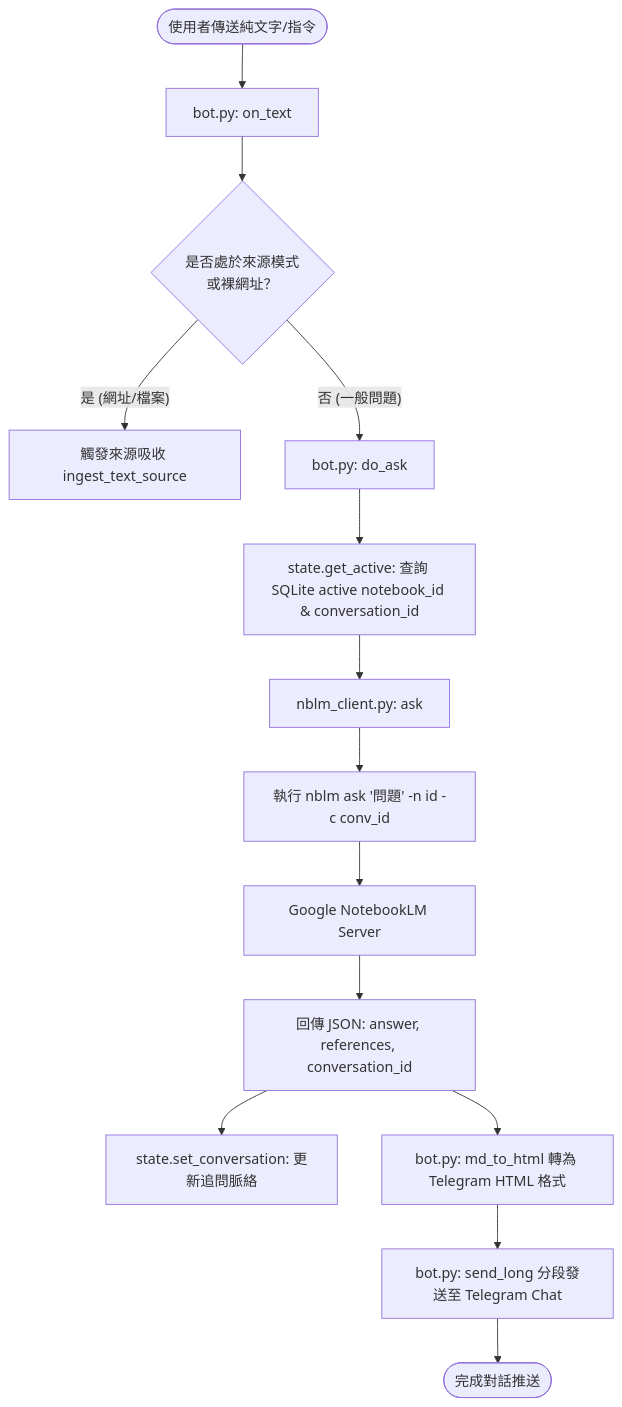
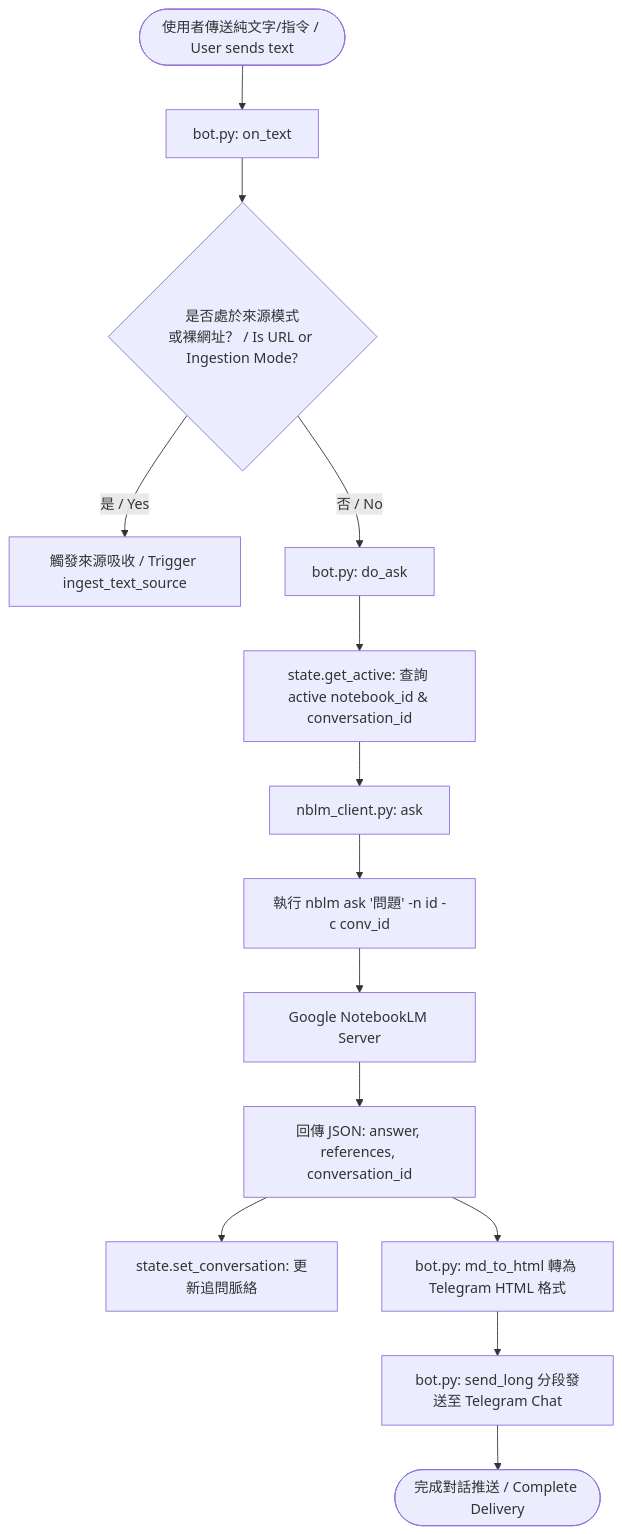
Before and after one commit to myyang19770915/TG_notebook: the second of 4 diagrams in README.md, drawn with Mermaid. The commit also changed other lines of this file, not shown here.

````diff
--- a/README.md
+++ b/README.md
@@ -101,19 +107,19 @@
 ```mermaid
 flowchart TD
-    Start([使用者傳送純文字/指令]) --> TextHandler[bot.py: on_text]
-    TextHandler --> ModeCheck{是否處於來源模式<br>或裸網址？}
+    Start([使用者傳送純文字/指令 / User sends text]) --> TextHandler[bot.py: on_text]
+    TextHandler --> ModeCheck{是否處於來源模式<br>或裸網址？ / Is URL or Ingestion Mode?}
     
-    ModeCheck -- 是 (網址/檔案) --> IngestSource[觸發來源吸收 ingest_text_source]
-    ModeCheck -- 否 (一般問題) --> DoAsk[bot.py: do_ask]
+    ModeCheck -- 是 / Yes --> IngestSource[觸發來源吸收 / Trigger ingest_text_source]
+    ModeCheck -- 否 / No --> DoAsk[bot.py: do_ask]
     
-    DoAsk --> QueryState[state.get_active: 查詢 SQLite active notebook_id & conversation_id]
+    DoAsk --> QueryState[state.get_active: 查詢 active notebook_id & conversation_id]
     QueryState --> NblmAsk[nblm_client.py: ask]
     NblmAsk --> SubprocAsk[執行 nblm ask '問題' -n id -c conv_id]
     SubprocAsk --> GoogleRPC[Google NotebookLM Server]
     
     GoogleRPC --> Resp[回傳 JSON: answer, references, conversation_id]
     Resp --> UpdateState[state.set_conversation: 更新追問脈絡]
     Resp --> FormatHTML[bot.py: md_to_html 轉為 Telegram HTML 格式]
     FormatHTML --> SendLong[bot.py: send_long 分段發送至 Telegram Chat]
-    SendLong --> EndQ([完成對話推送])
+    SendLong --> EndQ([完成對話推送 / Complete Delivery])
 ```
````
